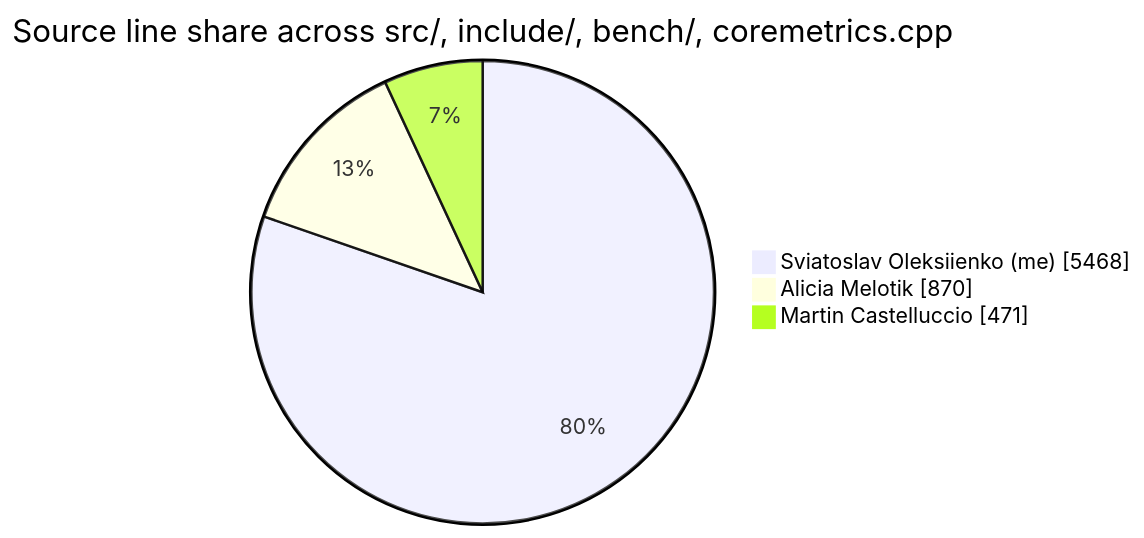
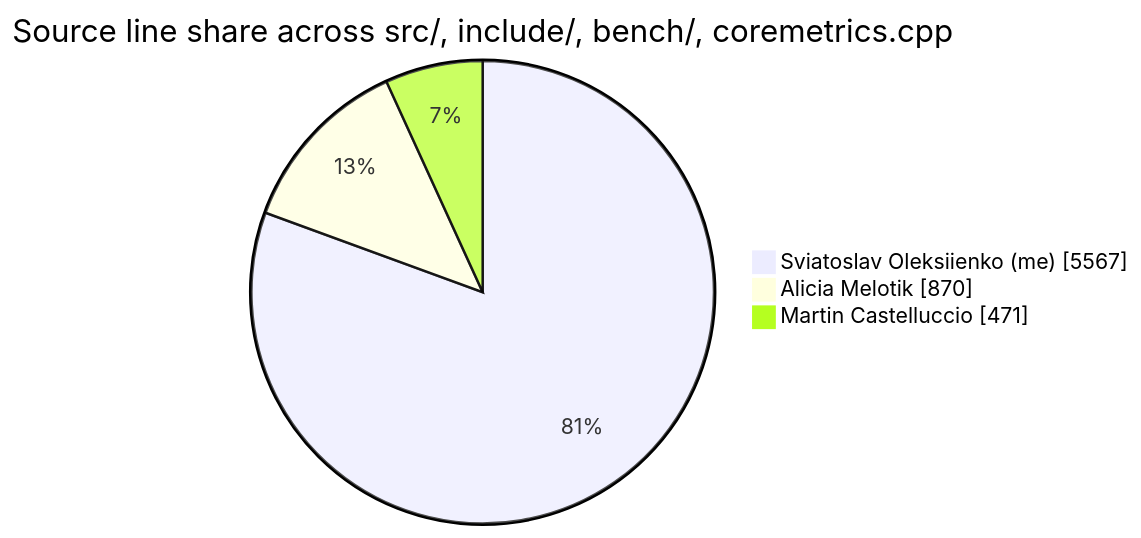
Before and after one commit to sviatil0/coremetrics: the diagram in .github/badges/contributions.md, drawn with Mermaid. The commit also changed other lines of this file and 2 other files, not shown here.

````diff
--- a/.github/badges/contributions.md
+++ b/.github/badges/contributions.md
@@ -11,7 +11,7 @@
 ```mermaid
 pie showData
     title Source line share across src/, include/, bench/, coremetrics.cpp
-    "Sviatoslav Oleksiienko (me)" : 5468
+    "Sviatoslav Oleksiienko (me)" : 5567
     "Alicia Melotik" : 870
     "Martin Castelluccio" : 471
 ```
````
